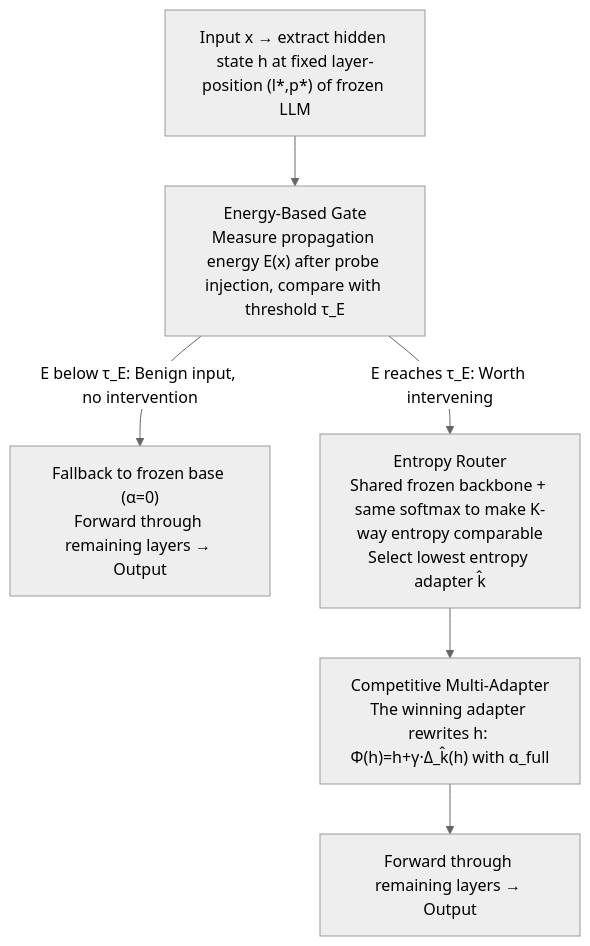
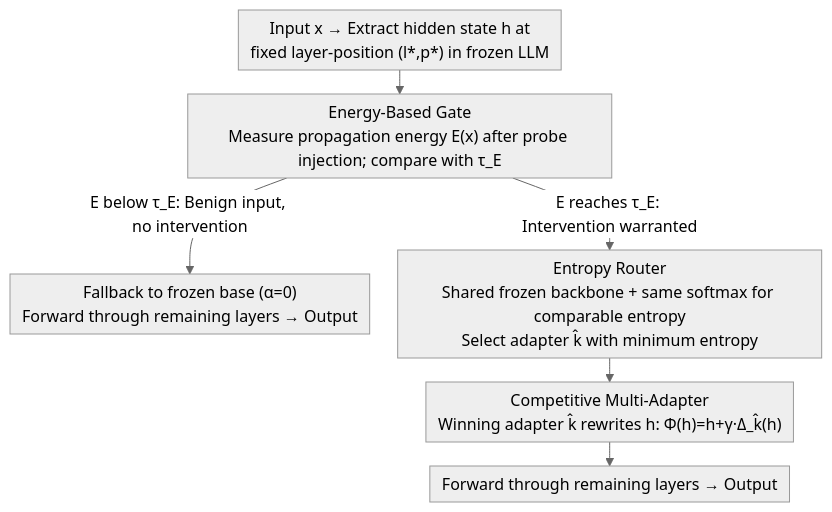
The diagram in docs/ICML2026/model_compression/multi-adapter_representation_interventions_via_energy_calibration.md (zhaoyang97/Paper-Notes-en), drawn with Mermaid (neutral theme) before and after one commit. The commit also changed other lines of this file and 5084 other files, not shown here.

````diff
--- a/docs/ICML2026/model_compression/multi-adapter_representation_interventions_via_energy_calibration.md
+++ b/docs/ICML2026/model_compression/multi-adapter_representation_interventions_via_energy_calibration.md
@@ -42,8 +42,9 @@
 ```mermaid
-graph TD
-    A["Input x → extract hidden state h at fixed layer-position (l*,p*) of frozen LLM"] --> B["Energy-Based Gate<br/>Measure propagation energy E(x) after probe injection, compare with threshold τ_E"]
+%%{init: {'flowchart': {'rankSpacing': 24, 'nodeSpacing': 28, 'padding': 6, 'wrappingWidth': 400}}}%%
+flowchart TD
+    A["Input x → Extract hidden state h at<br/>fixed layer-position (l*,p*) in frozen LLM"] --> B["Energy-Based Gate<br/>Measure propagation energy E(x) after probe injection; compare with τ_E"]
     B -->|"E below τ_E: Benign input, no intervention"| Z["Fallback to frozen base (α=0)<br/>Forward through remaining layers → Output"]
-    B -->|"E reaches τ_E: Worth intervening"| C["Entropy Router<br/>Shared frozen backbone + same softmax to make K-way entropy comparable<br/>Select lowest entropy adapter k̂"]
-    C --> D["Competitive Multi-Adapter<br/>The winning adapter rewrites h: Φ(h)=h+γ·Δ_k̂(h) with α_full"]
+    B -->|"E reaches τ_E: Intervention warranted"| C["Entropy Router<br/>Shared frozen backbone + same softmax for comparable entropy<br/>Select adapter k̂ with minimum entropy"]
+    C --> D["Competitive Multi-Adapter<br/>Winning adapter k̂ rewrites h: Φ(h)=h+γ·Δ_k̂(h)"]
     D --> E["Forward through remaining layers → Output"]
 ```
````
